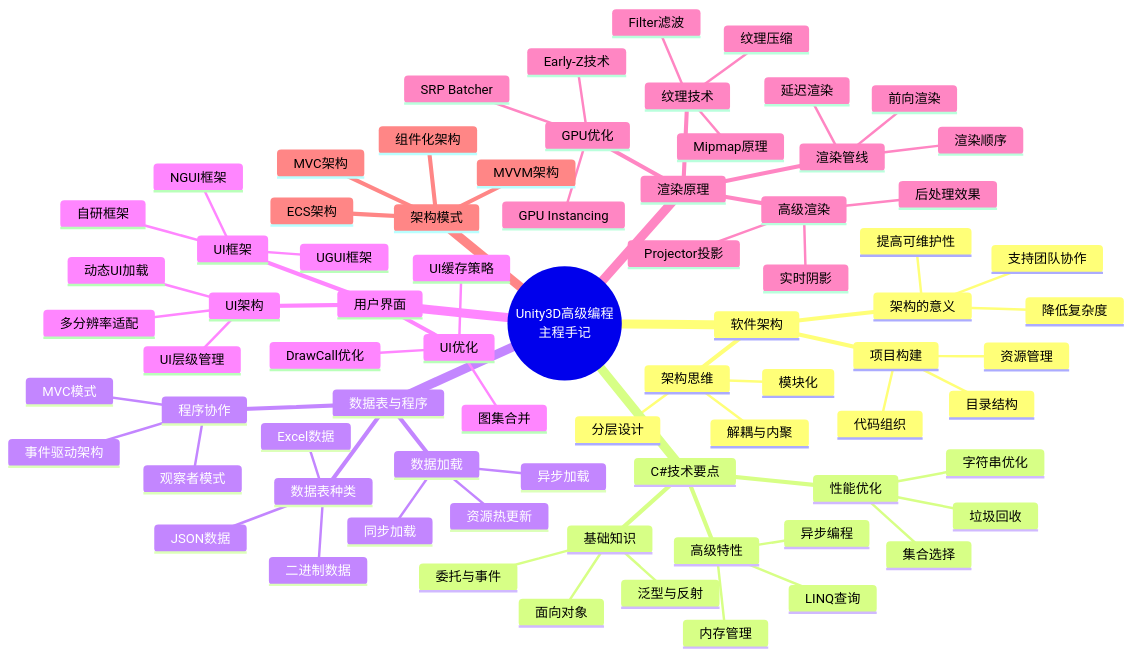
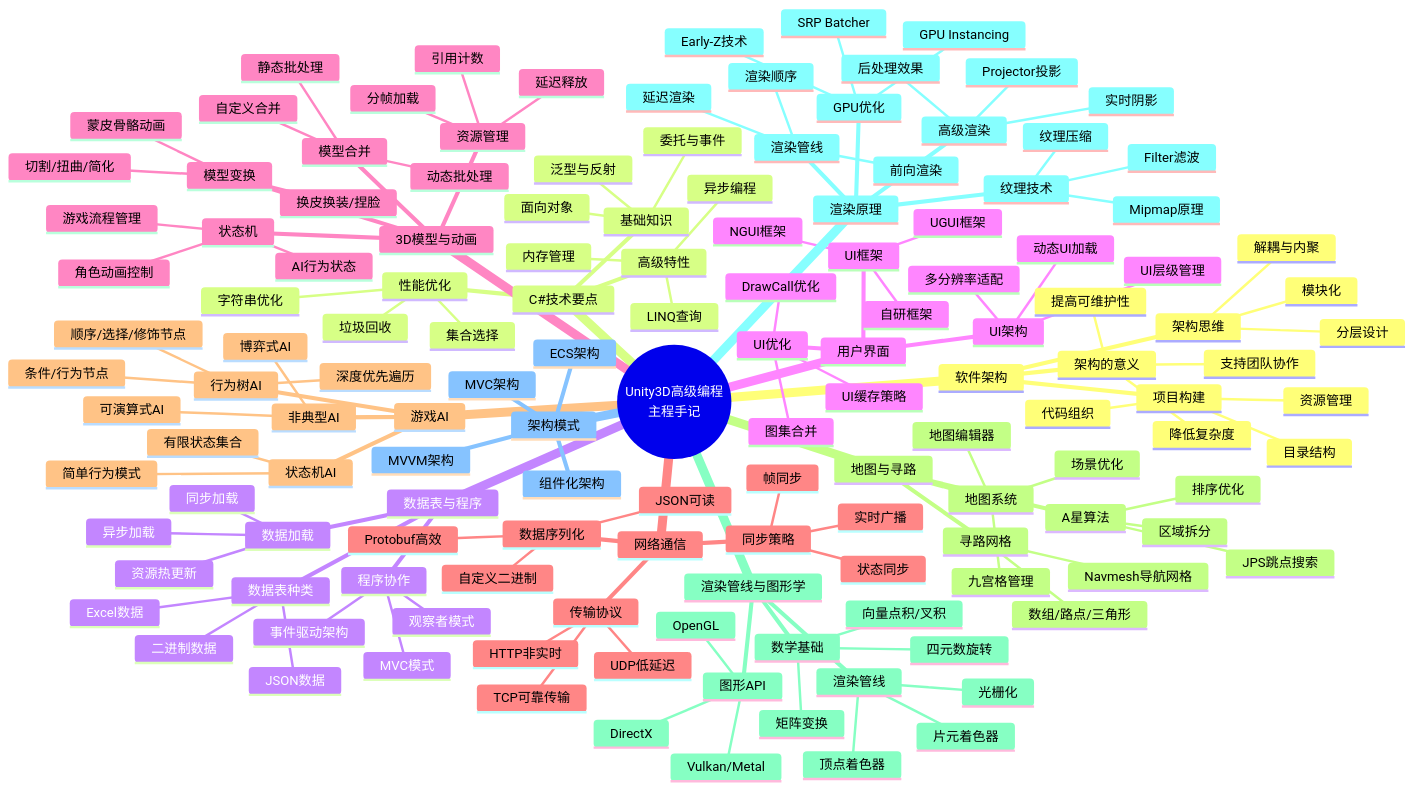
The first of 59 diagrams in books/Unity3D高级编程主程手记/Unity3D高级编程主程手记.md (hongyesuifeng/readbooks), drawn with Mermaid before and after one commit. The commit also changed other lines of this file, not shown here.

```diff
--- a/books/Unity3D高级编程主程手记/Unity3D高级编程主程手记.md
+++ b/books/Unity3D高级编程主程手记/Unity3D高级编程主程手记.md
@@ -127,6 +154,77 @@
         UI层级管理
         动态UI加载
 
+    3D模型与动画
+      模型合并
+        动态批处理
+        静态批处理
+        自定义合并
+      状态机
+        角色动画控制
+        AI行为状态
+        游戏流程管理
+      模型变换
+        切割/扭曲/简化
+        蒙皮骨骼动画
+        换皮换装/捏脸
+      资源管理
+        引用计数
+        延迟释放
+        分帧加载
+
+    网络通信
+      传输协议
+        TCP可靠传输
+        UDP低延迟
+        HTTP非实时
+      数据序列化
+        JSON可读
+        Protobuf高效
+        自定义二进制
+      同步策略
+        状态同步
+        帧同步
+        实时广播
+
+    游戏AI
+      状态机AI
+        简单行为模式
+        有限状态集合
+      行为树AI
+        顺序/选择/修饰节点
+        条件/行为节点
+        深度优先遍历
+      非典型AI
+        可演算式AI
+        博弈式AI
+
+    地图与寻路
+      A星算法
+        排序优化
+        区域拆分
+        JPS跳点搜索
+      寻路网格
+        数组/路点/三角形
+        Navmesh导航网格
+      地图系统
+        九宫格管理
+        地图编辑器
+        场景优化
+
+    渲染管线与图形学
+      数学基础
+        向量点积/叉积
+        矩阵变换
+        四元数旋转
+      渲染管线
+        顶点着色器
+        光栅化
+        片元着色器
+      图形API
+        OpenGL
+        DirectX
+        Vulkan/Metal
+
     渲染原理
       渲染管线
         前向渲染
```
